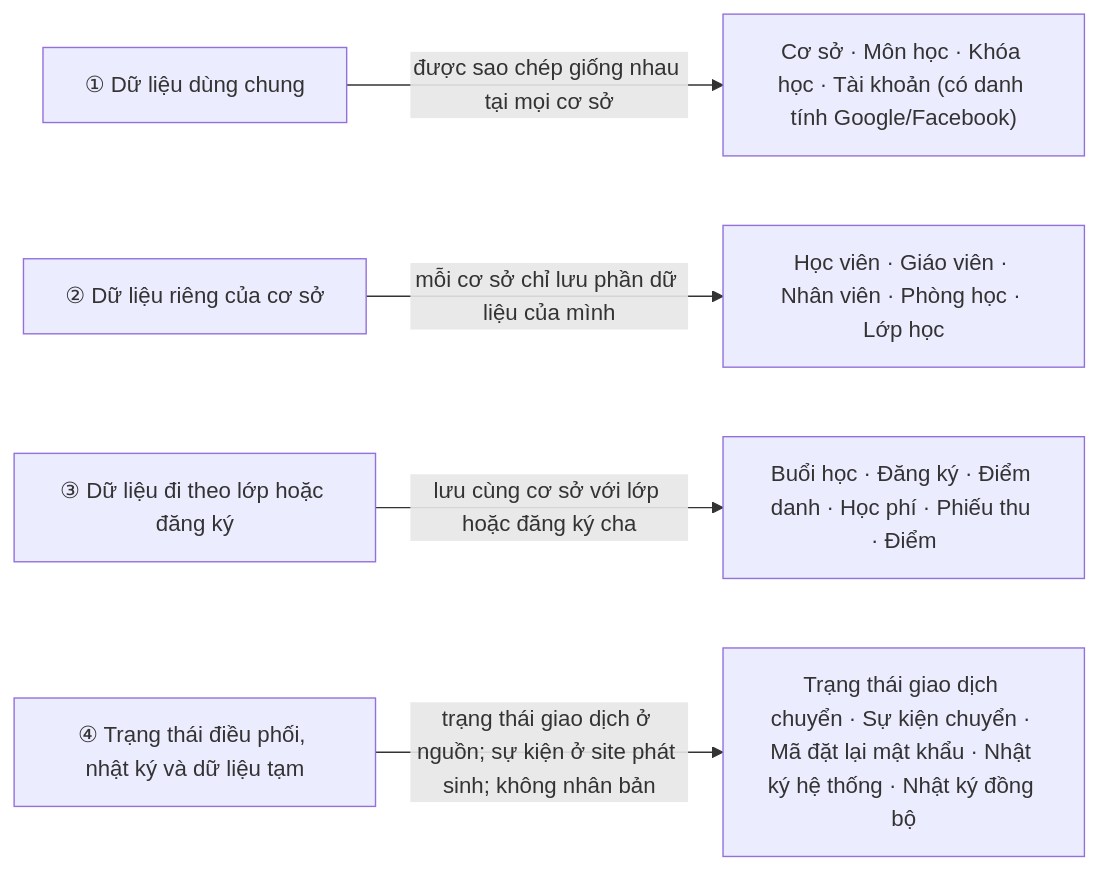
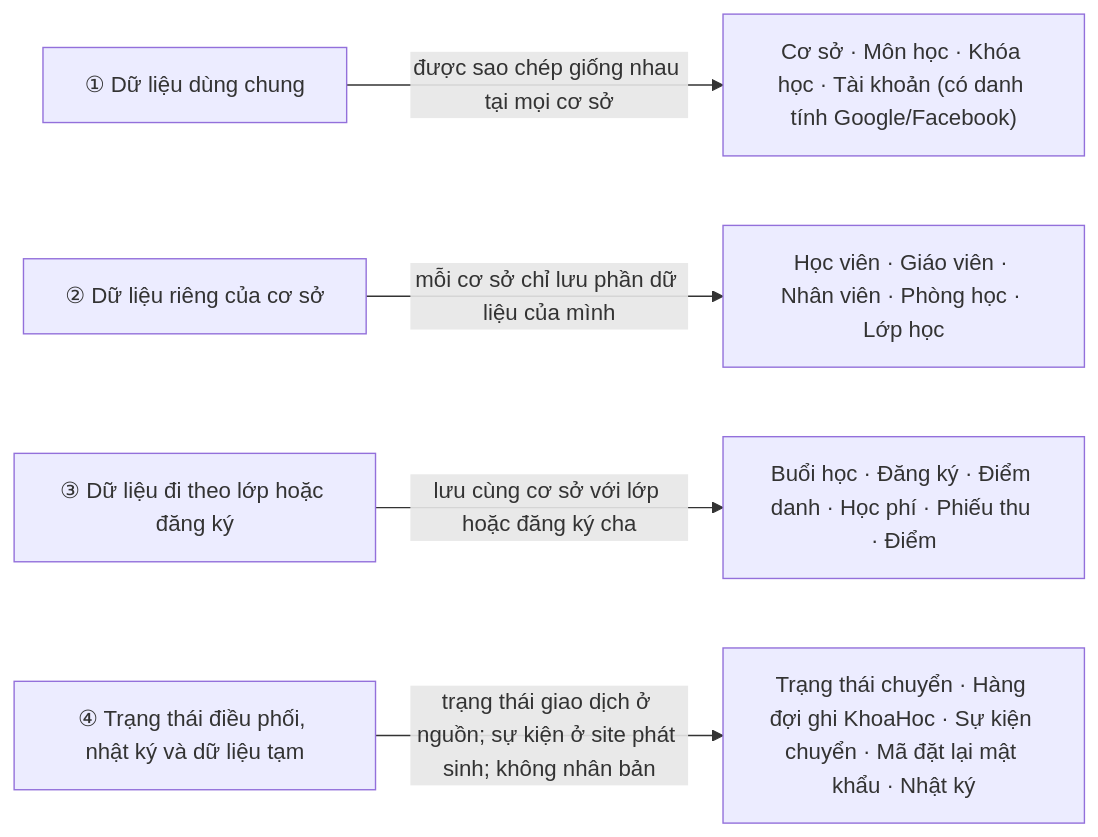
One commit to Quochieu2005/language-center-management changed the first of 4 diagrams in docs/DATABASE_SCHEMA.md. Above: the diagram before and after it, drawn with Mermaid. The commit also changed other lines of this file and 22 other files, not shown here.

````diff
--- a/docs/DATABASE_SCHEMA.md
+++ b/docs/DATABASE_SCHEMA.md
@@ -79,7 +79,7 @@
 ```mermaid
 flowchart LR
     DungChung["① Dữ liệu dùng chung"] -->|được sao chép giống nhau tại mọi cơ sở| BangDungChung["Cơ sở · Môn học · Khóa học · Tài khoản (có danh tính Google/Facebook)"]
     RiengCoSo["② Dữ liệu riêng của cơ sở"] -->|mỗi cơ sở chỉ lưu phần dữ liệu của mình| BangRiengCoSo["Học viên · Giáo viên · Nhân viên · Phòng học · Lớp học"]
     DanXuat["③ Dữ liệu đi theo lớp hoặc đăng ký"] -->|lưu cùng cơ sở với lớp hoặc đăng ký cha| BangDanXuat["Buổi học · Đăng ký · Điểm danh · Học phí · Phiếu thu · Điểm"]
-    NhatKyTam["④ Trạng thái điều phối, nhật ký và dữ liệu tạm"] -->|trạng thái giao dịch ở nguồn; sự kiện ở site phát sinh; không nhân bản| BangNhatKyTam["Trạng thái giao dịch chuyển · Sự kiện chuyển · Mã đặt lại mật khẩu · Nhật ký hệ thống · Nhật ký đồng bộ"]
+    NhatKyTam["④ Trạng thái điều phối, nhật ký và dữ liệu tạm"] -->|trạng thái giao dịch ở nguồn; sự kiện ở site phát sinh; không nhân bản| BangNhatKyTam["Trạng thái chuyển · Hàng đợi ghi KhoaHoc · Sự kiện chuyển · Mã đặt lại mật khẩu · Nhật ký"]
 ```
````
